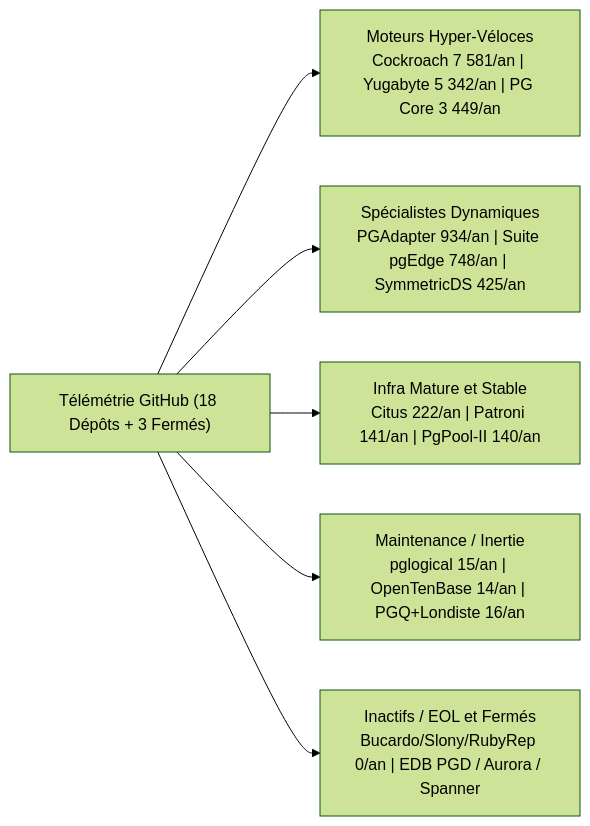
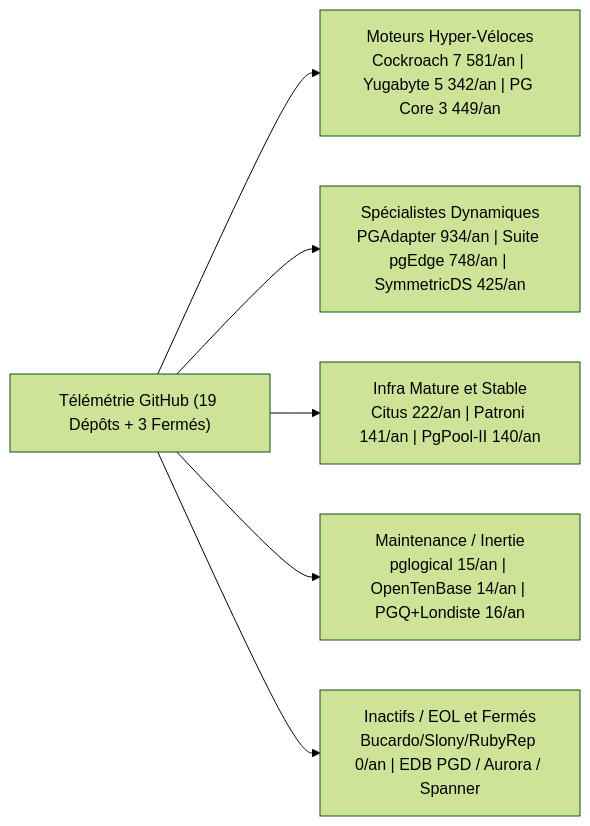
Before and after one commit to jmrenouard/ClusterPostgreSQL-Series: the diagram in docs/fr/11_popularite_et_vitalite_ecosysteme.md, drawn with Mermaid (forest theme). The commit also changed other lines of this file, not shown here.

````diff
--- a/docs/fr/11_popularite_et_vitalite_ecosysteme.md
+++ b/docs/fr/11_popularite_et_vitalite_ecosysteme.md
@@ -76,8 +76,8 @@
 ```mermaid
 flowchart LR
-    M["Télémétrie GitHub (18 Dépôts + 3 Fermés)"] --> Q1["Moteurs Hyper-Véloces<br/>Cockroach 7 581/an | Yugabyte 5 342/an | PG Core 3 449/an"]
+    M["Télémétrie GitHub (19 Dépôts + 3 Fermés)"] --> Q1["Moteurs Hyper-Véloces<br/>Cockroach 7 581/an | Yugabyte 5 342/an | PG Core 3 449/an"]
     M --> Q2["Spécialistes Dynamiques<br/>PGAdapter 934/an | Suite pgEdge 748/an | SymmetricDS 425/an"]
     M --> Q3["Infra Mature et Stable<br/>Citus 222/an | Patroni 141/an | PgPool-II 140/an"]
     M --> Q4["Maintenance / Inertie<br/>pglogical 15/an | OpenTenBase 14/an | PGQ+Londiste 16/an"]
     M --> Q5["Inactifs / EOL et Fermés<br/>Bucardo/Slony/RubyRep 0/an | EDB PGD / Aurora / Spanner"]
 ```
````
